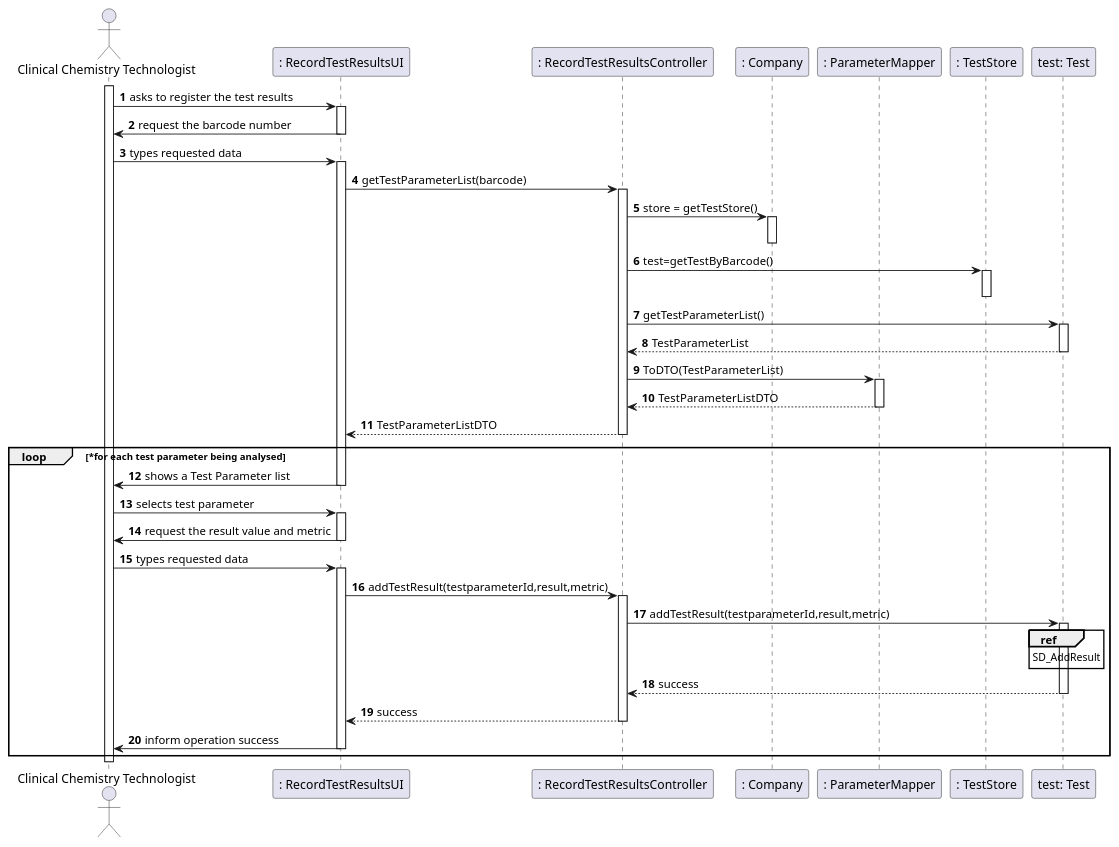
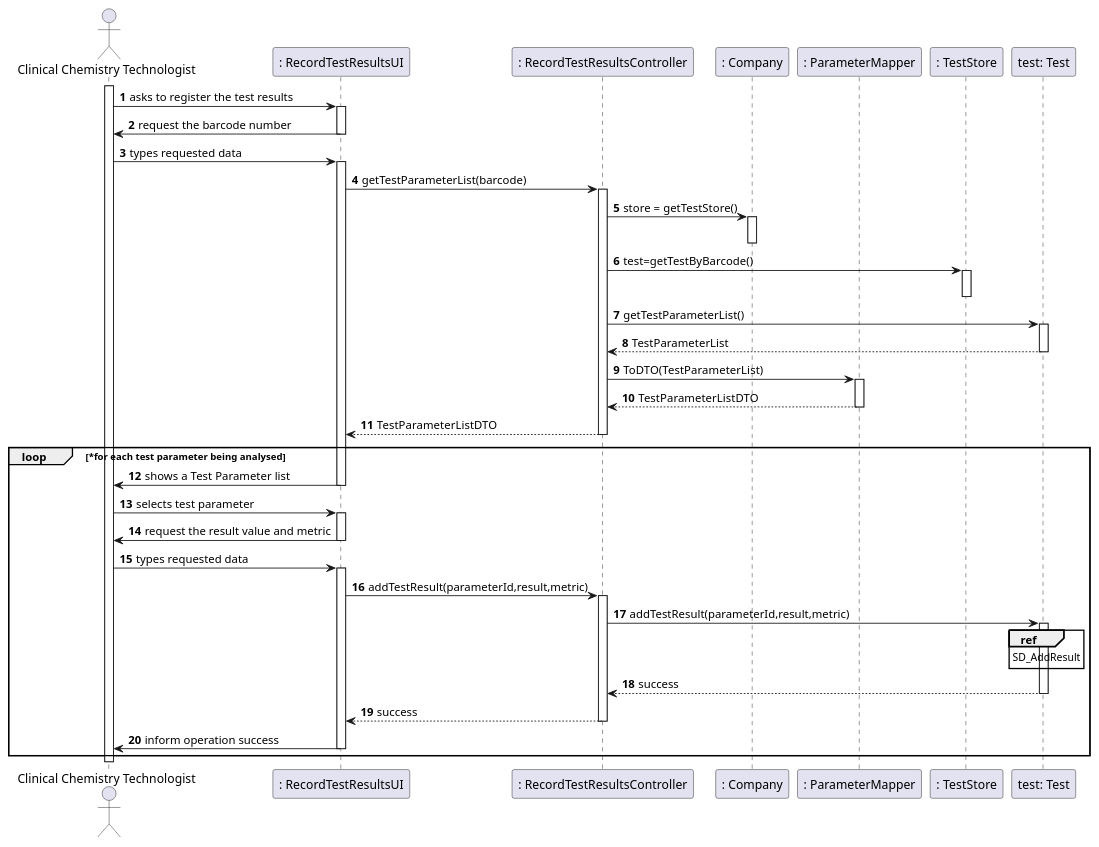
Before and after one commit to manu-07-ela/LAPR2_ISEP: the diagram in docs/SprintC/US12/US12_SD.puml, drawn with PlantUML. The commit also changed 23 other files, not shown here.

```diff
--- a/docs/SprintC/US12/US12_SD.puml
+++ b/docs/SprintC/US12/US12_SD.puml
@@ -1,70 +1,70 @@
 @startuml
 autonumber
 'hide footbox
 actor "Clinical Chemistry Technologist" as CCT
 
 participant ": RecordTestResultsUI" as UI
 participant ": RecordTestResultsController" as CTRL
 participant ": Company" as Comp
 participant ": ParameterMapper" as PMapper
 participant ": TestStore" as TStore
 participant "test: Test" as Test
 
 activate CCT
 CCT -> UI : asks to register the test results
 activate UI
 UI -> CCT : request the barcode number
 deactivate UI
 CCT -> UI : types requested data
 activate UI
 UI -> CTRL : getTestParameterList(barcode)
 activate CTRL
 CTRL -> Comp : store = getTestStore()
 activate Comp
 deactivate Comp
 CTRL -> TStore : test=getTestByBarcode()
 activate TStore
 deactivate TStore
 CTRL -> Test : getTestParameterList()
 activate Test
 Test --> CTRL : TestParameterList
 deactivate Test
 CTRL -> PMapper : ToDTO(TestParameterList)
 activate PMapper
 PMapper --> CTRL : TestParameterListDTO
 deactivate PMapper
 
 
 CTRL --> UI : TestParameterListDTO
 deactivate CTRL
 loop *for each test parameter being analysed
 UI -> CCT : shows a Test Parameter list
 deactivate UI
 CCT -> UI : selects test parameter
 activate UI
 UI -> CCT : request the result value and metric
 deactivate UI
 CCT -> UI : types requested data
 activate UI
-UI -> CTRL : addTestResult(testparameterId,result,metric)
+UI -> CTRL : addTestResult(parameterId,result,metric)
 activate CTRL
-CTRL -> Test : addTestResult(testparameterId,result,metric)
+CTRL -> Test : addTestResult(parameterId,result,metric)
 activate Test
 ref over Test
 SD_AddResult
 end ref
 Test --> CTRL : success
 deactivate Test
 
 CTRL --> UI : success
 deactivate CTRL
 UI -> CCT :  inform operation success
 deactivate UI
 end
 
 
 
 
 
 deactivate CCT
 @enduml
```
